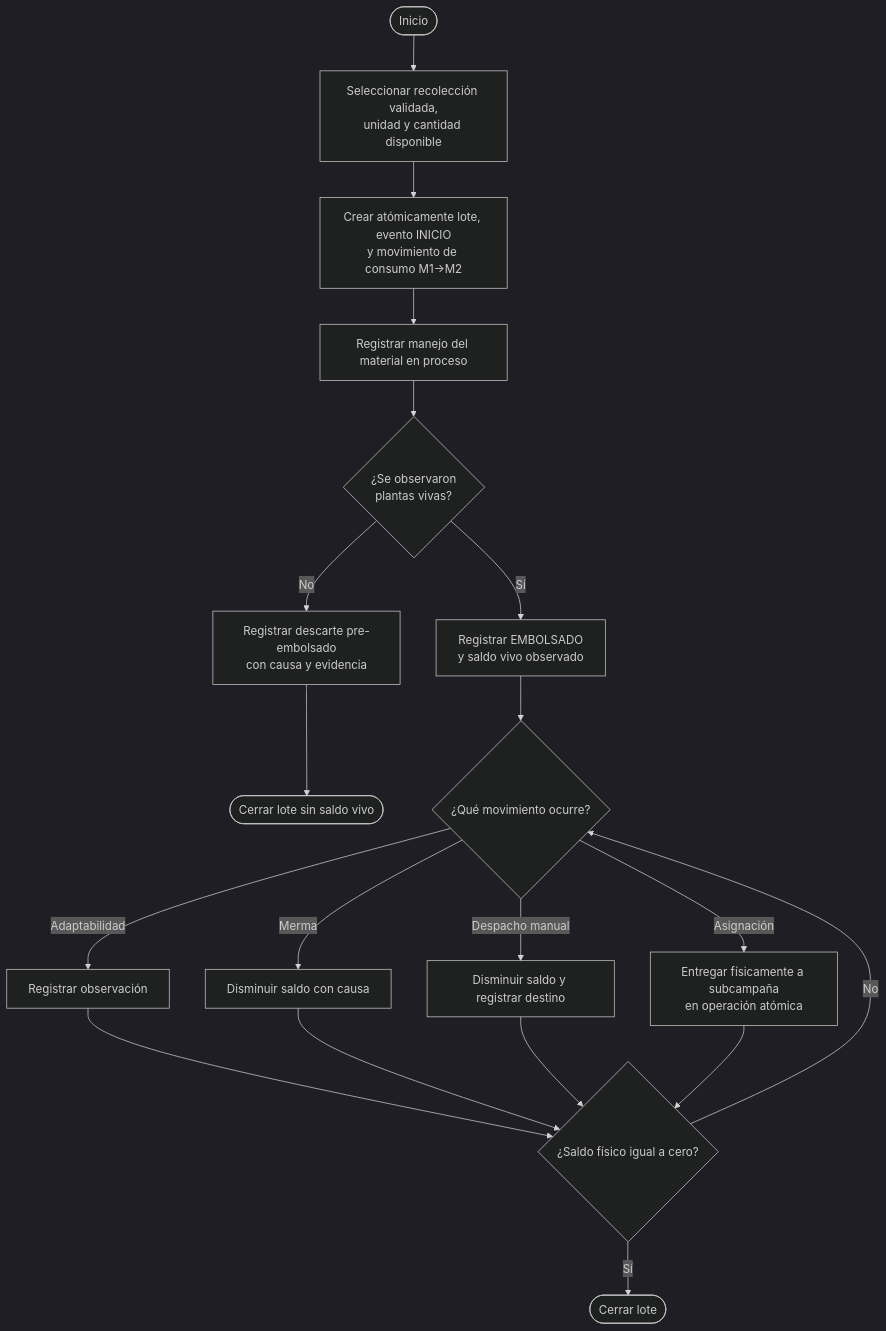
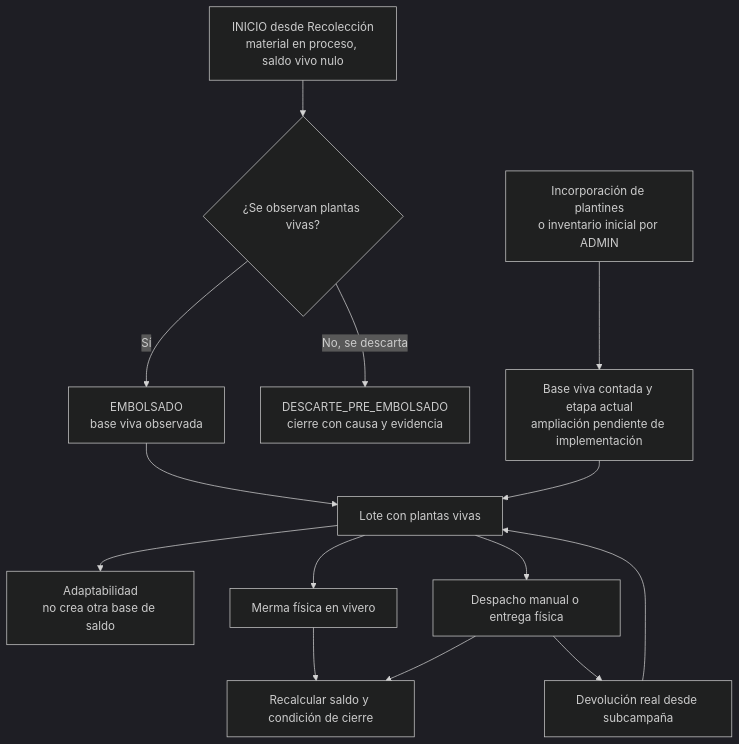
The diagram in documentacion-grado/06_entregables/proyecto_grado/figuras/mermaid/03_2_fase_elaboracion-08.mmd (R3foresta/r3foresta-docs), drawn with Mermaid (dark theme) before and after one commit. The commit also changed 58 other files, not shown here.

Commit message:
docs: completar Construcción y Transición del Capítulo III con RUP

```diff
--- a/documentacion-grado/06_entregables/proyecto_grado/figuras/mermaid/03_2_fase_elaboracion-08.mmd
+++ b/documentacion-grado/06_entregables/proyecto_grado/figuras/mermaid/03_2_fase_elaboracion-08.mmd
@@ -1,19 +1,14 @@
 flowchart TD
-  I([Inicio]) --> O[Seleccionar recolección validada,<br/>unidad y cantidad disponible]
-  O --> A[Crear atómicamente lote, evento INICIO<br/>y movimiento de consumo M1→M2]
-  A --> P[Registrar manejo del material en proceso]
-  P --> V{¿Se observaron<br/>plantas vivas?}
-  V -- No --> D[Registrar descarte pre-embolsado<br/>con causa y evidencia]
-  D --> F1([Cerrar lote sin saldo vivo])
-  V -- Sí --> E[Registrar EMBOLSADO<br/>y saldo vivo observado]
-  E --> M{¿Qué movimiento ocurre?}
-  M -- Adaptabilidad --> AD[Registrar observación]
-  M -- Merma --> ME[Disminuir saldo con causa]
-  M -- Despacho manual --> DE[Disminuir saldo y registrar destino]
-  M -- Asignación --> AS[Entregar físicamente a subcampaña<br/>en operación atómica]
-  AD --> Z{¿Saldo físico igual a cero?}
-  ME --> Z
-  DE --> Z
-  AS --> Z
-  Z -- No --> M
-  Z -- Sí --> F2([Cerrar lote])
+    I["INICIO desde Recolección<br/>material en proceso, saldo vivo nulo"] --> R{"¿Se observan plantas vivas?"}
+    R -->|"Sí"| E["EMBOLSADO<br/>base viva observada"]
+    R -->|"No, se descarta"| D["DESCARTE_PRE_EMBOLSADO<br/>cierre con causa y evidencia"]
+    IN["Incorporación de plantines<br/>o inventario inicial por ADMIN"] --> B["Base viva contada y etapa actual<br/>ampliación pendiente de implementación"]
+    E --> L["Lote con plantas vivas"]
+    B --> L
+    L --> A["Adaptabilidad<br/>no crea otra base de saldo"]
+    L --> M["Merma física en vivero"]
+    L --> S["Despacho manual o entrega física"]
+    S --> DEV["Devolución real desde subcampaña"]
+    DEV --> L
+    M --> C["Recalcular saldo y condición de cierre"]
+    S --> C
```
